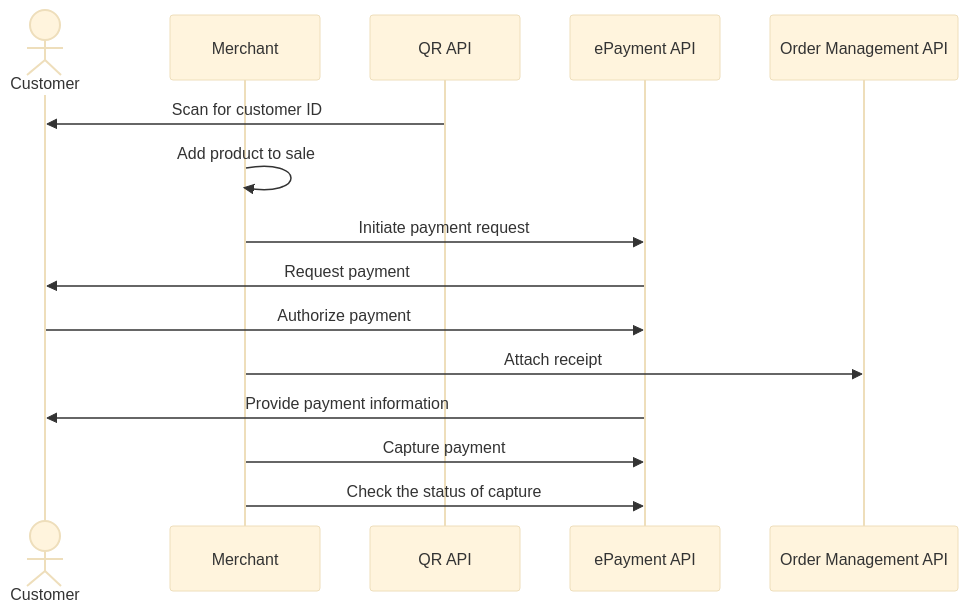
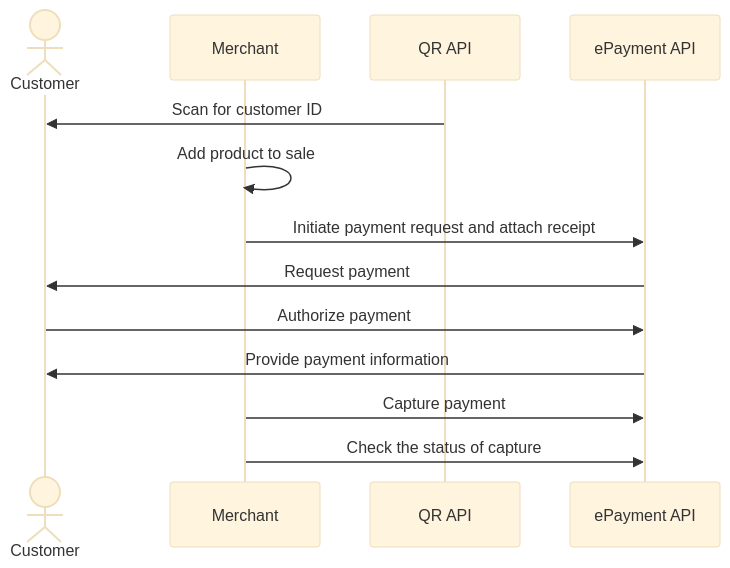
The diagram in static-qr-at-pos/README.md (vippsas/vipps-solutions), drawn with Mermaid (base theme) before and after one commit. The commit also changed other lines of this file and 19 other files, not shown here.

Commit message:
Provide unique examples. Add receipt in payment request when possible.

````diff
--- a/static-qr-at-pos/README.md
+++ b/static-qr-at-pos/README.md
@@ -98,18 +115,16 @@
 ``` mermaid
 sequenceDiagram
     actor C as Customer
     participant M as Merchant
     participant QR as QR API
     participant ePayment as ePayment API
-    participant ordermanagement as Order Management API
 
     QR->>C: Scan for customer ID
     M->>M: Add product to sale
-    M->>ePayment: Initiate payment request
+    M->>ePayment: Initiate payment request and attach receipt
     ePayment->>C: Request payment
     C->>ePayment: Authorize payment
-    M->> ordermanagement: Attach receipt
     ePayment->>C: Provide payment information
     M->>ePayment: Capture payment
     M->>ePayment: Check the status of capture
 ```
````
